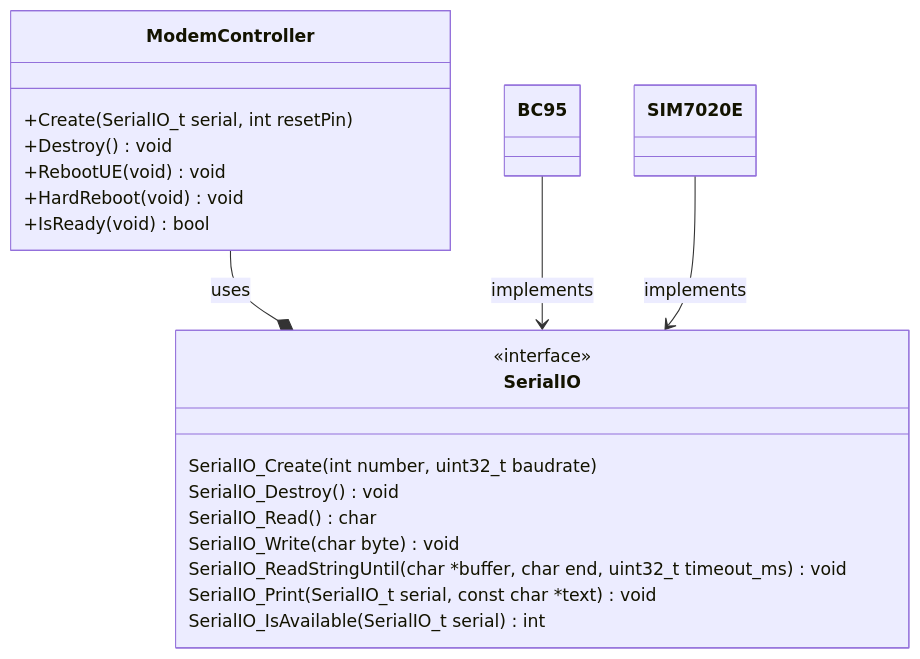
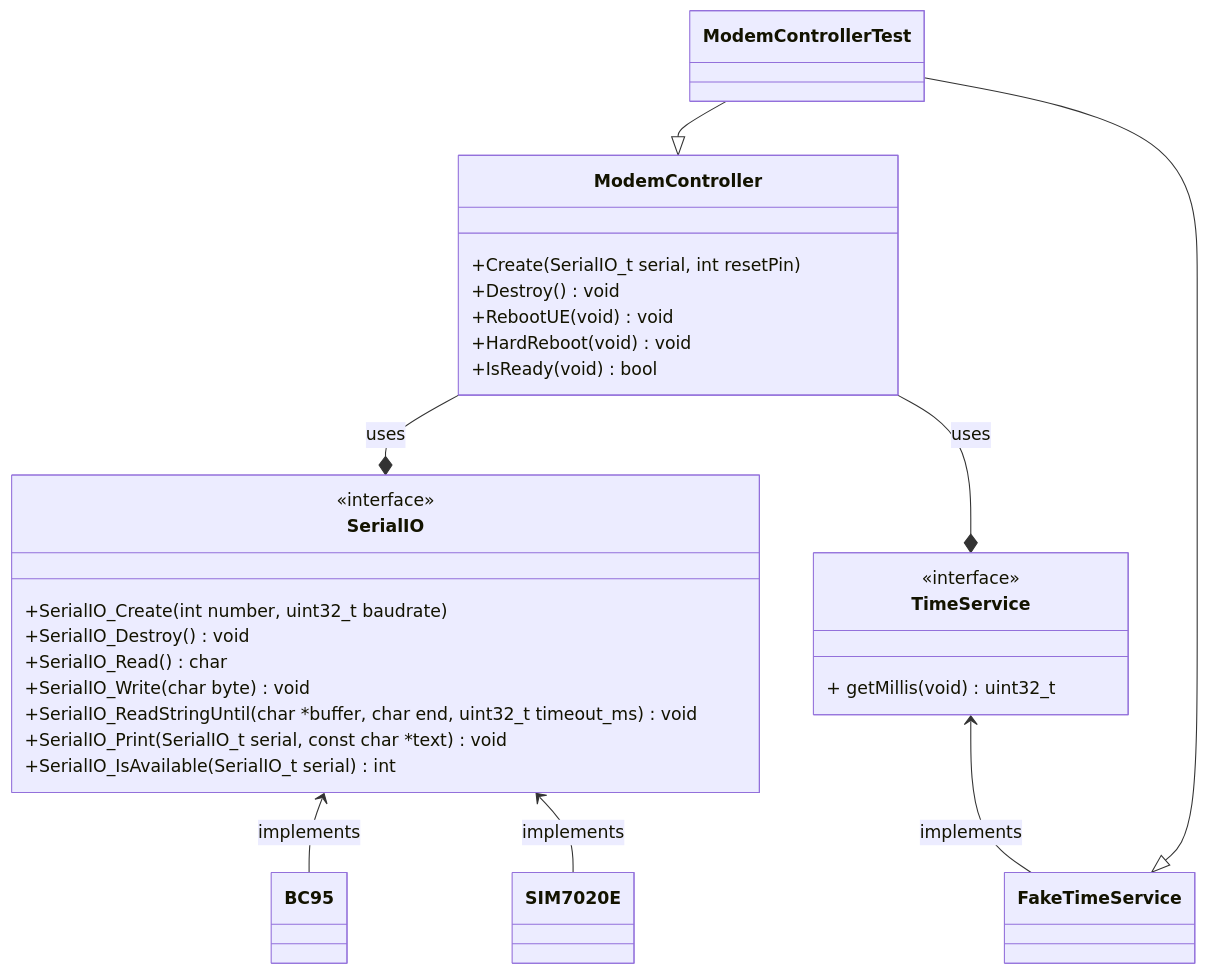
The diagram in README.md (aungkhantmaw64/BC95Driver), drawn with Mermaid before and after one commit.

Commit message:
Update UML diagrams

````diff
--- a/README.md
+++ b/README.md
@@ -7,33 +7,49 @@
 ```mermaid
 classDiagram
+    class ModemControllerTest{
+
+    }
+
     class ModemController{
         +Create(SerialIO_t serial, int resetPin)
         +Destroy() void
         +RebootUE(void) void
         +HardReboot(void) void
         +IsReady(void) bool
     }
 
+    class TimeService{
+        <<interface>>
+        + getMillis(void) uint32_t
+    }
+
+    class FakeTimeService{
+
+    }
+
     class SerialIO{
         <<interface>>
-        SerialIO_Create(int number, uint32_t baudrate)
-        SerialIO_Destroy() void
-        SerialIO_Read() char
-        SerialIO_Write(char byte) void
-        SerialIO_ReadStringUntil(char *buffer, char end, uint32_t timeout_ms) void
-    SerialIO_Print(SerialIO_t serial, const char *text) void
-    SerialIO_IsAvailable(SerialIO_t serial) int
+        +SerialIO_Create(int number, uint32_t baudrate)
+        +SerialIO_Destroy() void
+        +SerialIO_Read() char
+        +SerialIO_Write(char byte) void
+        +SerialIO_ReadStringUntil(char *buffer, char end, uint32_t timeout_ms) void
+    +SerialIO_Print(SerialIO_t serial, const char *text) void
+    +SerialIO_IsAvailable(SerialIO_t serial) int
     }
 
     class BC95{
 
     }
     class SIM7020E{
 
     }
-
+    ModemControllerTest --|> ModemController
+    ModemControllerTest --|> FakeTimeService
     ModemController --* SerialIO: uses
-    BC95 --> SerialIO: implements
-    SIM7020E --> SerialIO: implements
+    SerialIO <-- BC95: implements
+    SerialIO <-- SIM7020E: implements
+    ModemController --* TimeService: uses
+    TimeService <-- FakeTimeService: implements
 
 ```
````
